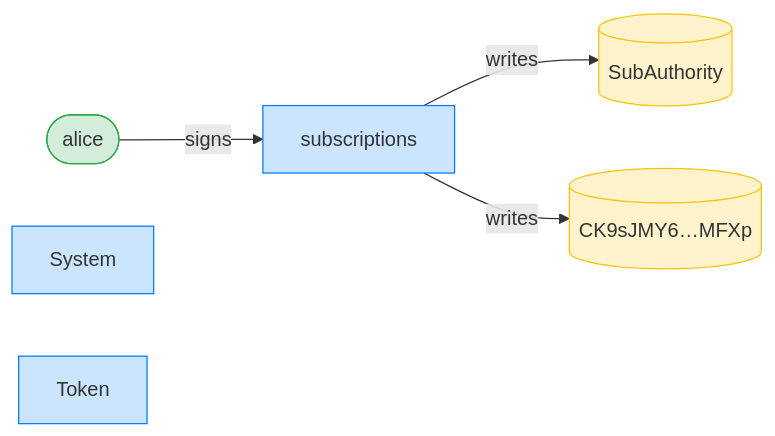
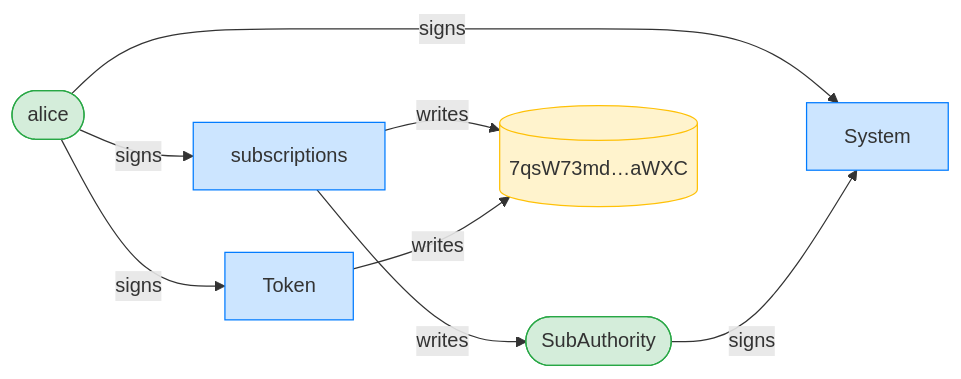
The third of 8 diagrams in dsl_tests/signer-accounts-must-sign--transferfixed-.md (cds-rs/subscriptions), drawn with Mermaid before and after one commit. The commit also changed other lines of this file and 224 other files, not shown here.

````diff
--- a/dsl_tests/signer-accounts-must-sign--transferfixed-.md
+++ b/dsl_tests/signer-accounts-must-sign--transferfixed-.md
@@ -55,15 +56,19 @@
 ```mermaid
 flowchart LR
     classDef signer fill:#d4edda,stroke:#28a745;
     classDef program fill:#cce5ff,stroke:#007bff;
     classDef writable fill:#fff3cd,stroke:#ffc107;
     subscriptions[subscriptions]:::program
     alice([alice]):::signer
-    SubAuthority[(SubAuthority)]:::writable
-    CK9sJMY6_MFXp[("CK9sJMY6…MFXp")]:::writable
+    SubAuthority([SubAuthority]):::signer
+    7qsW73md_aWXC[("7qsW73md…aWXC")]:::writable
     System[System]:::program
     Token[Token]:::program
     alice -->|signs| subscriptions
+    alice -->|signs| System
+    SubAuthority -->|signs| System
+    alice -->|signs| Token
     subscriptions -->|writes| SubAuthority
-    subscriptions -->|writes| CK9sJMY6_MFXp
+    subscriptions -->|writes| 7qsW73md_aWXC
+    Token -->|writes| 7qsW73md_aWXC
 ```
````
